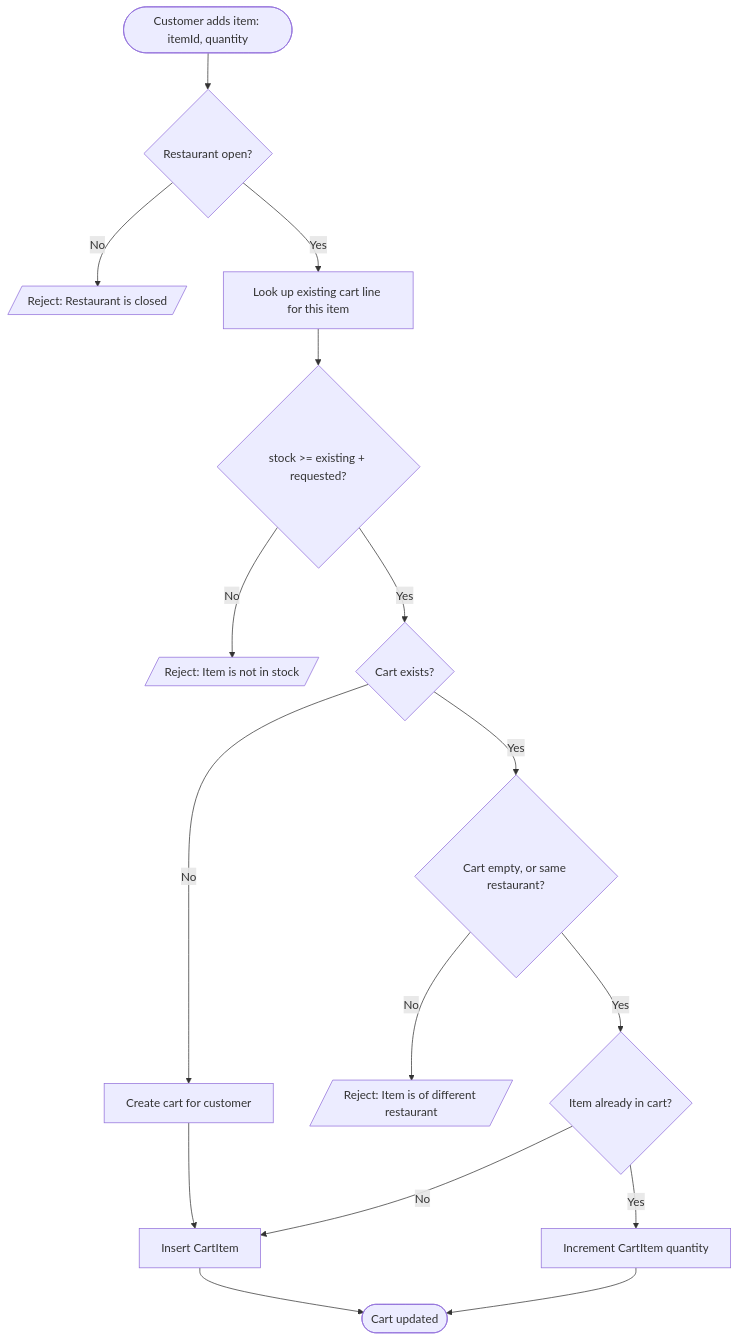
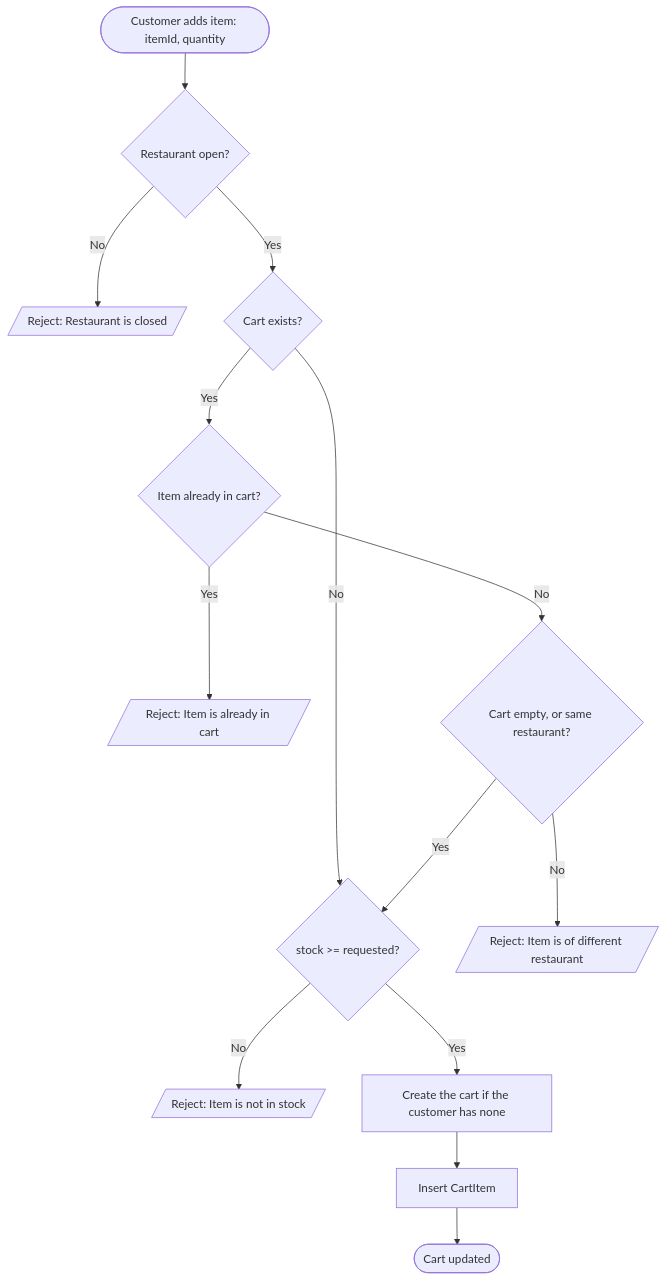
Before and after one commit to msmohammed0077-cmd/mentorship-restaurant: the first of 2 diagrams in restaurant/.docs/use-cases/cart-management/add-cart-item/add-cart-item.md, drawn with Mermaid. The commit also changed other lines of this file and 12 other files, not shown here.

First line of the commit message:
refactor(cart): reject adding an item the cart already holds

````diff
--- a/restaurant/.docs/use-cases/cart-management/add-cart-item/add-cart-item.md
+++ b/restaurant/.docs/use-cases/cart-management/add-cart-item/add-cart-item.md
@@ -78,18 +78,17 @@
 ```mermaid
 flowchart TD
     Start([Customer adds item: itemId, quantity]) --> Open{Restaurant open?}
     Open -- No --> RejClosed[/Reject: Restaurant is closed/]
-    Open -- Yes --> Line[Look up existing cart line for this item]
-    Line --> Stock{"stock >= existing + requested?"}
-    Stock -- No --> RejStock[/Reject: Item is not in stock/]
-    Stock -- Yes --> HasCart{Cart exists?}
-    HasCart -- No --> Create[Create cart for customer]
-    HasCart -- Yes --> Same{"Cart empty, or same restaurant?"}
+    Open -- Yes --> HasCart{Cart exists?}
+    HasCart -- No --> Stock
+    HasCart -- Yes --> InCart{Item already in cart?}
+    InCart -- Yes --> RejDup[/Reject: Item is already in cart/]
+    InCart -- No --> Same{"Cart empty, or same restaurant?"}
     Same -- No --> RejOther[/Reject: Item is of different restaurant/]
-    Same -- Yes --> InCart{Item already in cart?}
+    Same -- Yes --> Stock
+    Stock{"stock >= requested?"} -- No --> RejStock[/Reject: Item is not in stock/]
+    Stock -- Yes --> Create[Create the cart if the customer has none]
     Create --> Insert[Insert CartItem]
-    InCart -- No --> Insert
-    InCart -- Yes --> Incr[Increment CartItem quantity]
     Insert --> Done([Cart updated])
-    Incr --> Done
+
 ```
````
